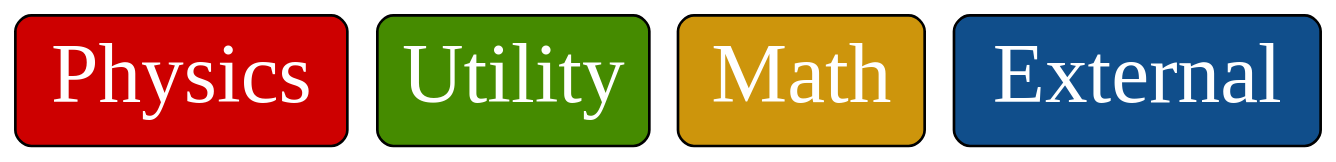
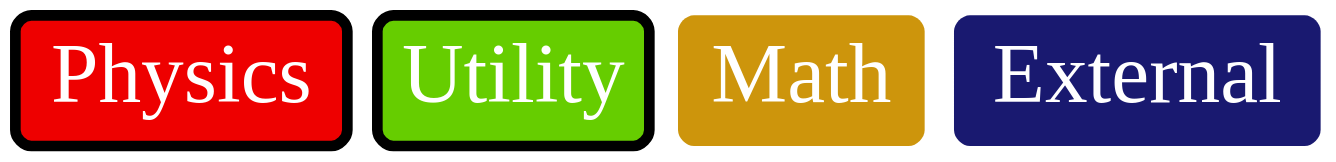
The diagram in figs/ares-dot/legend.dot (spack/spack-sc15-paper), drawn with Graphviz before and after one commit. The commit also changed 8 other files, not shown here.

```diff
--- a/figs/ares-dot/legend.dot
+++ b/figs/ares-dot/legend.dot
@@ -1,26 +1,26 @@
 digraph Legend {
     labelloc = "b"
     rankdir = "TB"
     ratio = .3
     nodesep=0.3
     node[
          color=black,
-         penwidth=2,
+         penwidth=0,
          fontname=ArialBlack,
          fontsize=64,
          margin=0.2,
          fontcolor=white,
          shape=box,
          style="rounded,filled"]
 
 #subgraph cluster {
 #    label="Package Types"
 #    fontsize=64
 #    fontname=ArialBlack
 #    penwidth=2
-    "phys"        [label="Physics", fillcolor=red3]
-    "utility"     [label="Utility", fillcolor=chartreuse4]
+    "phys"        [label="Physics", fillcolor=red2, style="rounded,filled", penwidth=8]
+    "utility"     [label="Utility", fillcolor=chartreuse3, style="rounded,filled", penwidth=8]
     "math"        [label="Math", fillcolor=darkgoldenrod3]
-    "extern"      [label="External", fillcolor=dodgerblue4]
+    "extern"      [label="External", fillcolor=midnightblue]
 #    }
 }
```
